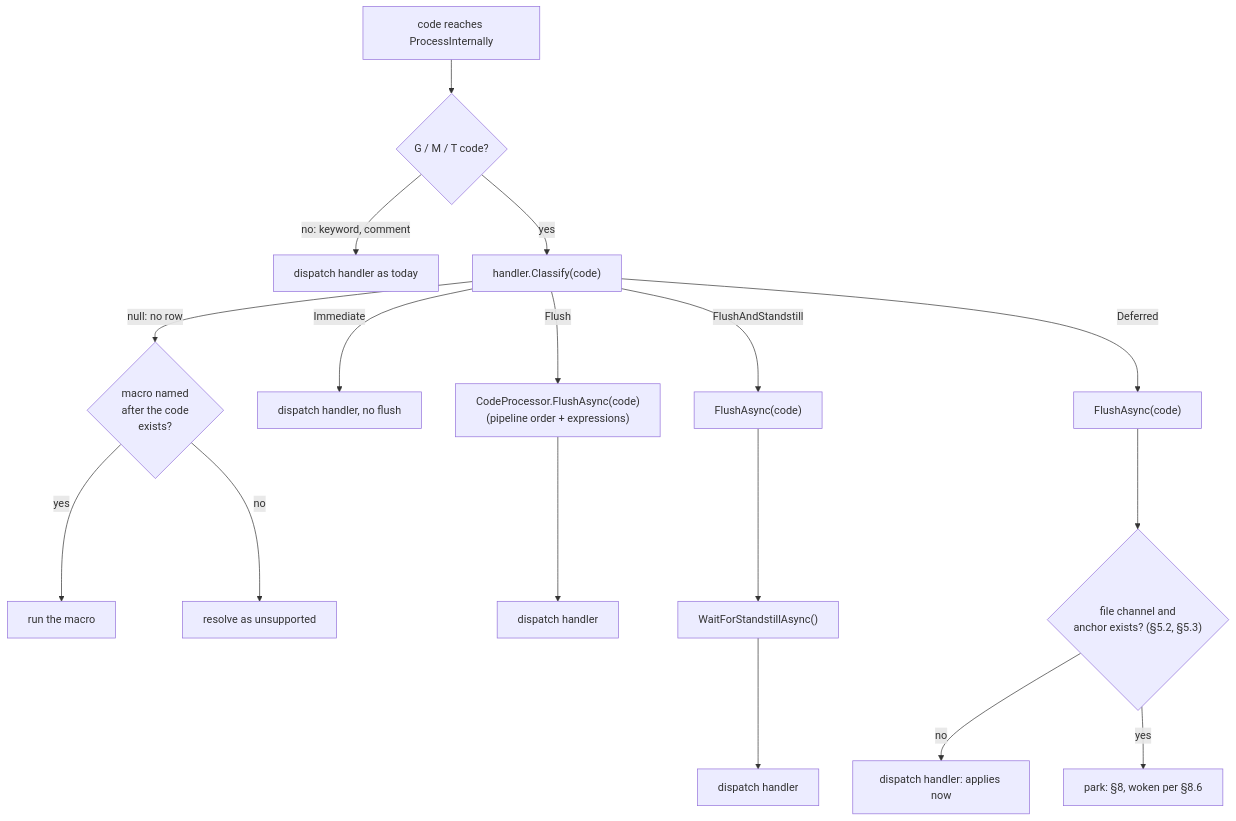
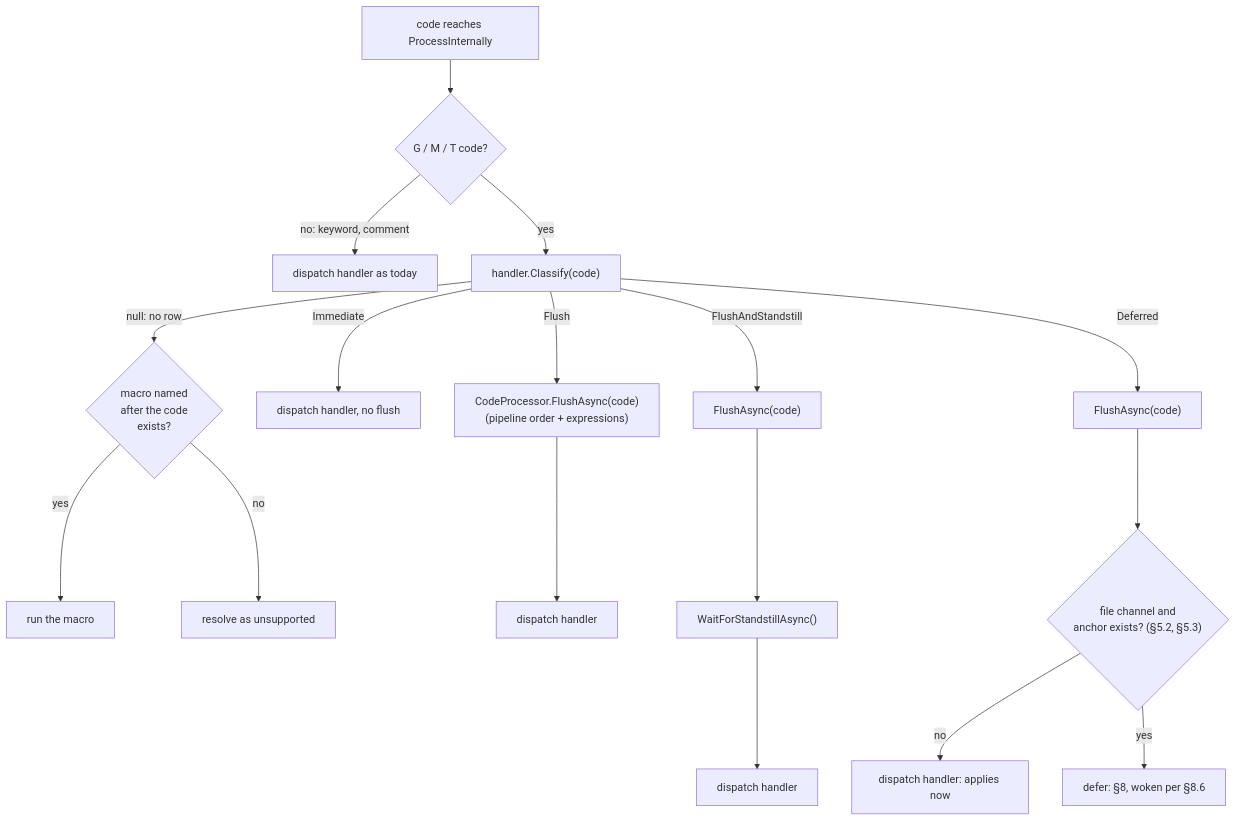
The first of 8 diagrams in docs/devel/MOTION_SYNCHRONISED_ACTIONS.md (Duet3D/DuetSoftwareFramework), drawn with Mermaid before and after one commit. The commit also changed other lines of this file and 10 other files, not shown here.

````diff
--- a/docs/devel/MOTION_SYNCHRONISED_ACTIONS.md
+++ b/docs/devel/MOTION_SYNCHRONISED_ACTIONS.md
@@ -271,15 +271,15 @@
 ```mermaid
 flowchart TD
     A[code reaches ProcessInternally] --> B{G / M / T code?}
     B -- no: keyword, comment --> D0[dispatch handler as today]
     B -- yes --> C["handler.Classify(code)"]
     C -- "null: no row" --> M0{"macro named<br/>after the code<br/>exists?"}
     M0 -- yes --> M1[run the macro]
     M0 -- no --> M2["resolve as unsupported"]
     C -- Immediate --> D1[dispatch handler, no flush]
     C -- Flush --> F1["CodeProcessor.FlushAsync(code)<br/>(pipeline order + expressions)"] --> D2[dispatch handler]
     C -- FlushAndStandstill --> F2["FlushAsync(code)"] --> W["WaitForStandstillAsync()"] --> D3[dispatch handler]
     C -- Deferred --> F3["FlushAsync(code)"] --> G{"file channel and<br/>anchor exists? (§5.2, §5.3)"}
     G -- no --> D4[dispatch handler: applies now]
-    G -- yes --> H["park: §8, woken per §8.6"]
+    G -- yes --> H["defer: §8, woken per §8.6"]
 ```
````
